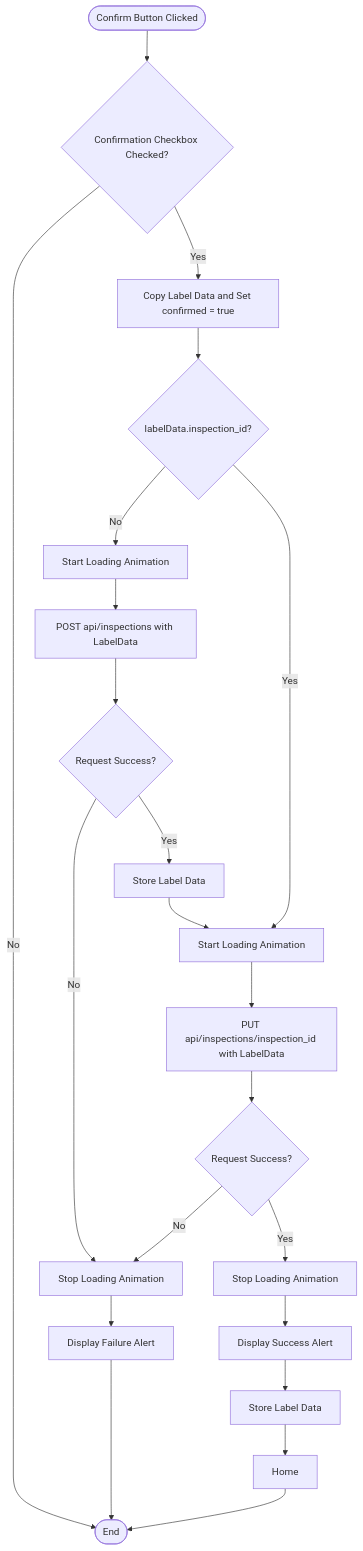
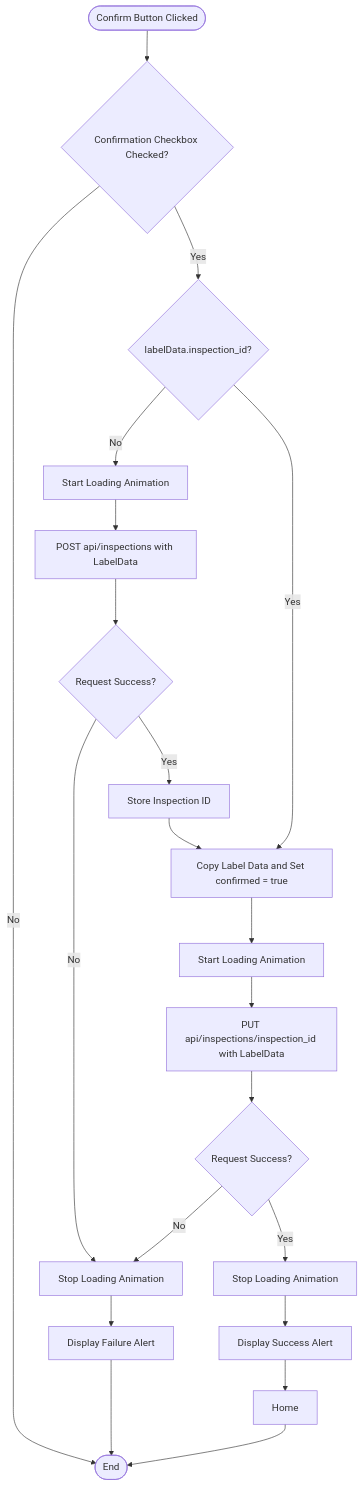
One commit to ai-cfia/fertiscan-frontend changed the second of 3 diagrams in docs/label-data-confirmation/flowchart.md. Above: the diagram before and after it, drawn with Mermaid. The commit also changed other lines of this file and 2 other files, not shown here.

Commit message:
issue #202: confirmation page launch checks

````diff
--- a/docs/label-data-confirmation/flowchart.md
+++ b/docs/label-data-confirmation/flowchart.md
@@ -18,17 +22,17 @@
 ```mermaid
 flowchart TD
     Start([Confirm Button Clicked]) --> CheckConfirmationCheckbox{"Confirmation Checkbox Checked?"}
     CheckConfirmationCheckbox -->|No| End([End])
-    CheckConfirmationCheckbox -->|Yes| CopyLabelData["Copy Label Data and Set confirmed = true"] --> CheckInspectionID{"labelData.inspection_id?"}
+    CheckConfirmationCheckbox -->|Yes| CheckInspectionID{"labelData.inspection_id?"}
     
     CheckInspectionID -->|No| StartLoadingAnimationNoID["Start Loading Animation"]
     StartLoadingAnimationNoID --> PostRequest["POST api/inspections with LabelData"]
     PostRequest --> PostRequestSuccess{"Request Success?"}
     PostRequestSuccess -->|No| StopLoadingFailure["Stop Loading Animation"] --> DisplayFailureAlert["Display Failure Alert"] --> End
-    PostRequestSuccess -->|Yes| StoreLabelDataAfterPost["Store Label Data"] --> StartLoadingAnimationWithID["Start Loading Animation"] --> PutRequest["PUT api/inspections/inspection_id with LabelData"]
+    PostRequestSuccess -->|Yes| StoreInspectionID["Store Inspection ID"] --> CopyLabelData["Copy Label Data and Set confirmed = true"] --> StartLoadingAnimationWithID["Start Loading Animation"] --> PutRequest["PUT api/inspections/inspection_id with LabelData"]
     
-    CheckInspectionID -->|Yes| StartLoadingAnimationWithID
+    CheckInspectionID -->|Yes| CopyLabelData
     PutRequest --> PutRequestSuccess{"Request Success?"}
     PutRequestSuccess -->|No| StopLoadingFailure
-    PutRequestSuccess -->|Yes| StopLoadingSuccess["Stop Loading Animation"] --> DisplaySuccessAlert["Display Success Alert"] --> StoreLabelData["Store Label Data"] --> HomePage[Home] --> End
+    PutRequestSuccess -->|Yes| StopLoadingSuccess["Stop Loading Animation"] --> DisplaySuccessAlert["Display Success Alert"] --> HomePage[Home] --> End
 ```
````
